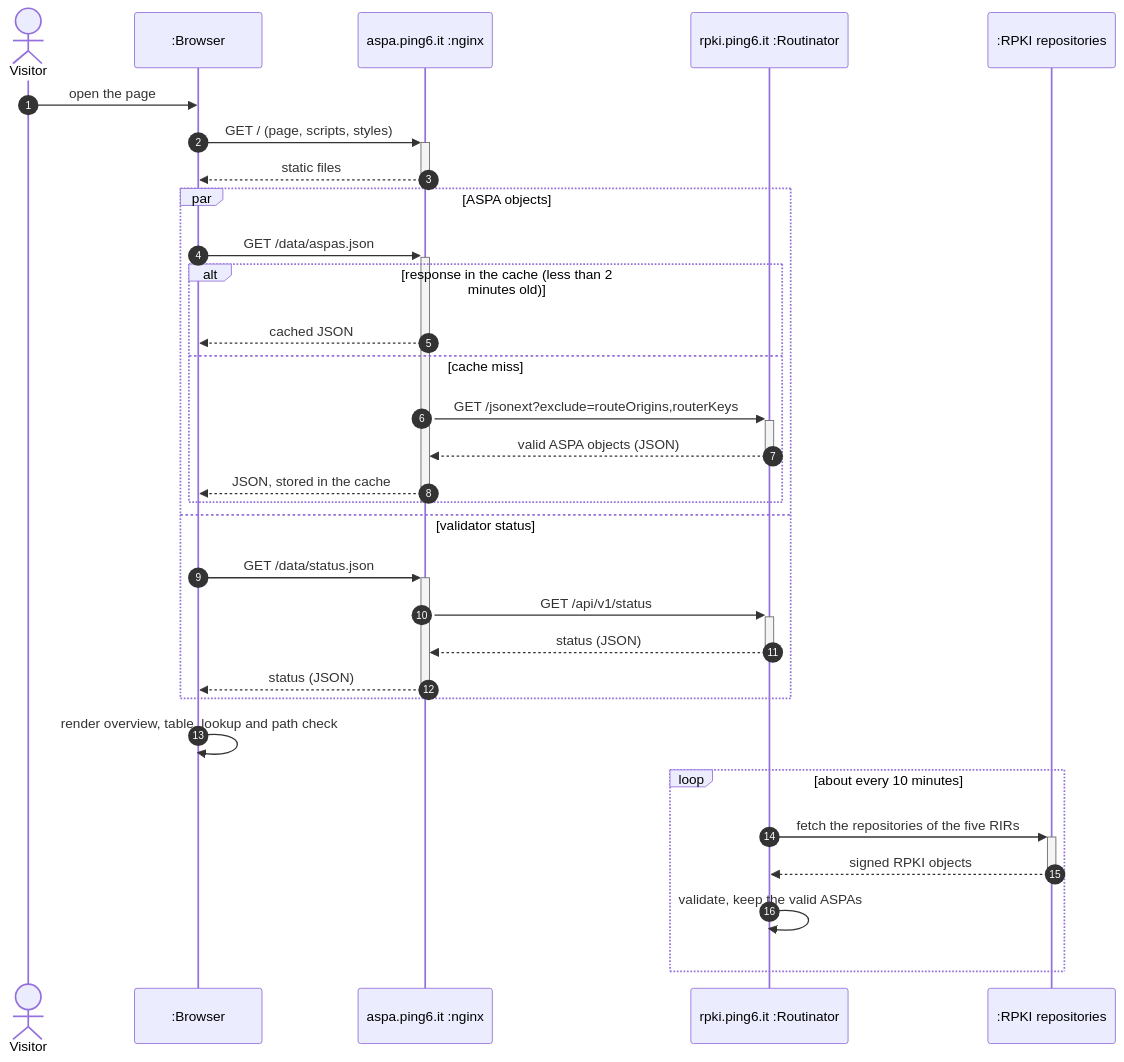
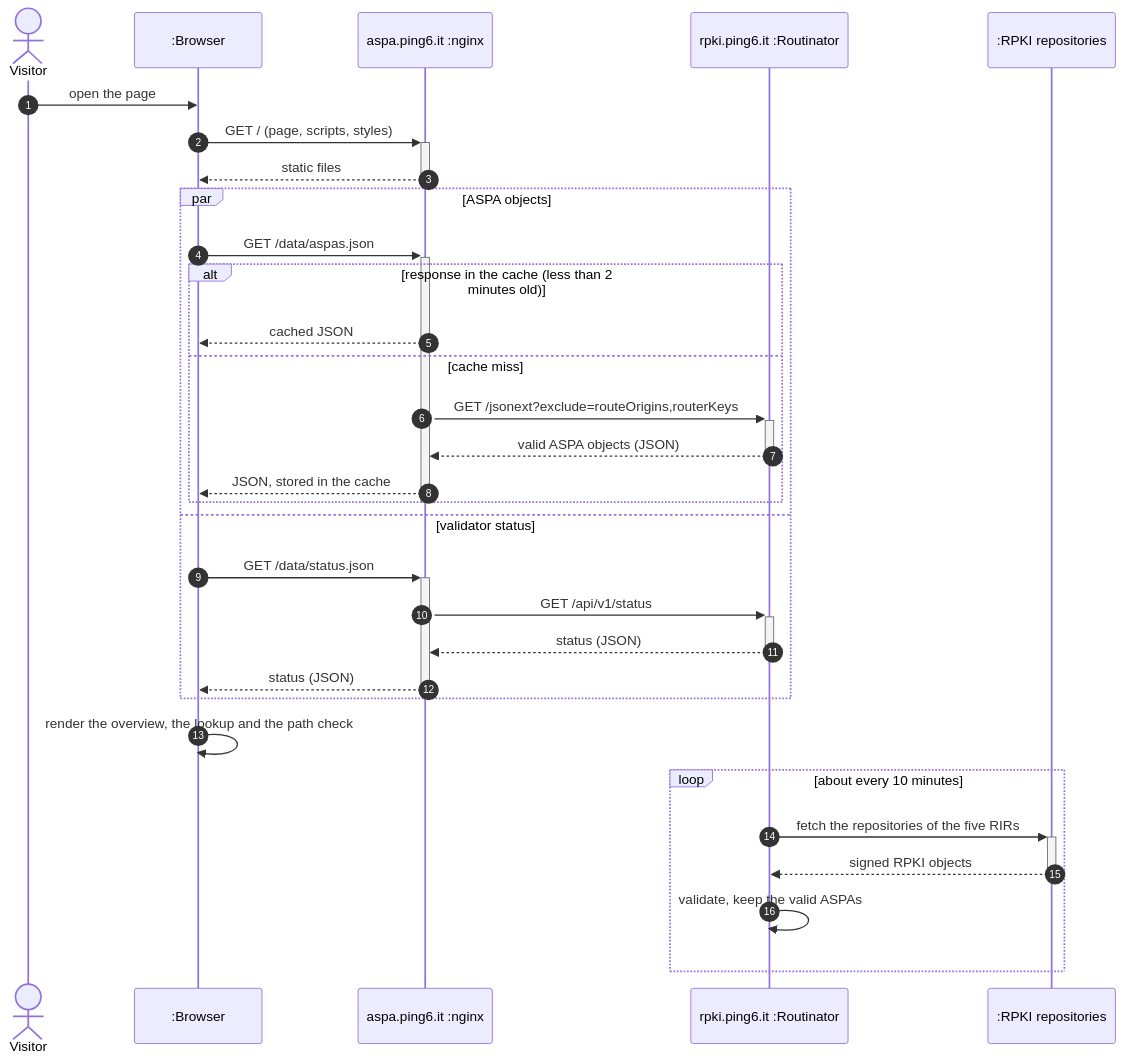
One commit to Antonio-Prado/aspa-explorer changed the first of 2 diagrams in README.md. Above: the diagram before and after it, drawn with Mermaid. The commit also changed other lines of this file and 13 other files, not shown here.

````diff
--- a/README.md
+++ b/README.md
@@ -94,38 +116,38 @@
 ```mermaid
 sequenceDiagram
     autonumber
     actor V as Visitor
     participant B as :Browser
     participant N as aspa.ping6.it :nginx
     participant R as rpki.ping6.it :Routinator
     participant T as :RPKI repositories
 
     V->>B: open the page
     B->>+N: GET / (page, scripts, styles)
     N-->>-B: static files
 
     par ASPA objects
         B->>+N: GET /data/aspas.json
         alt response in the cache (less than 2 minutes old)
             N-->>B: cached JSON
         else cache miss
             N->>+R: GET /jsonext?exclude=routeOrigins,routerKeys
             R-->>-N: valid ASPA objects (JSON)
             N-->>B: JSON, stored in the cache
         end
         deactivate N
     and validator status
         B->>+N: GET /data/status.json
         N->>+R: GET /api/v1/status
         R-->>-N: status (JSON)
         N-->>-B: status (JSON)
     end
 
-    B->>B: render overview, table, lookup and path check
+    B->>B: render the overview, the lookup and the path check
 
     loop about every 10 minutes
         R->>+T: fetch the repositories of the five RIRs
         T-->>-R: signed RPKI objects
         R->>R: validate, keep the valid ASPAs
     end
 ```
````
